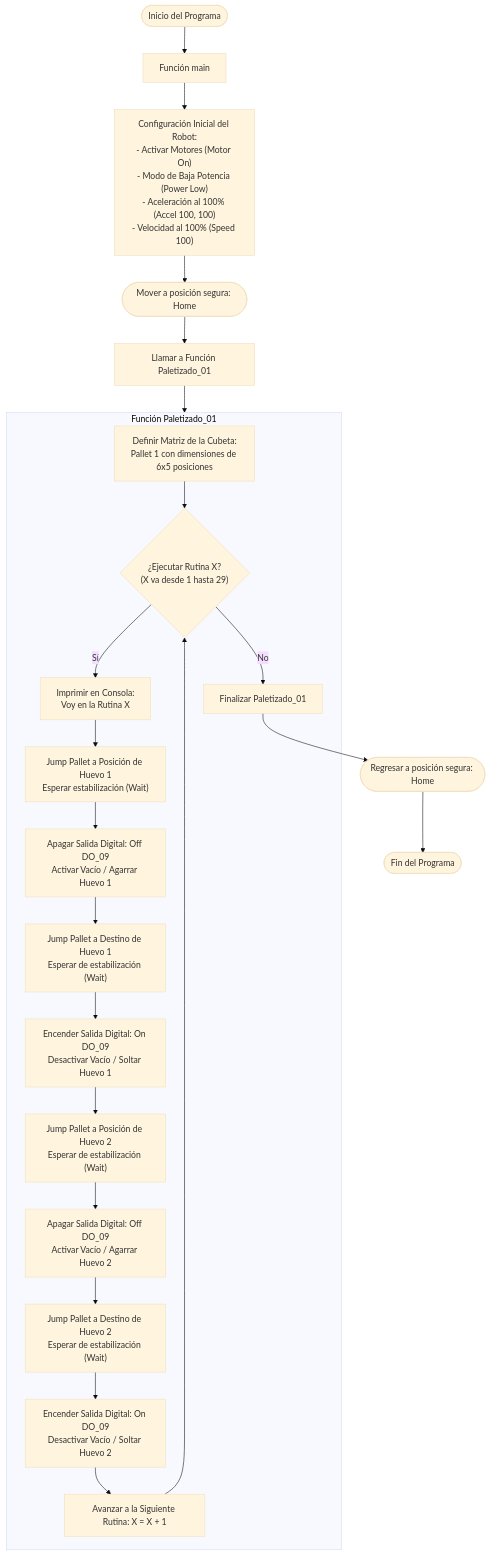
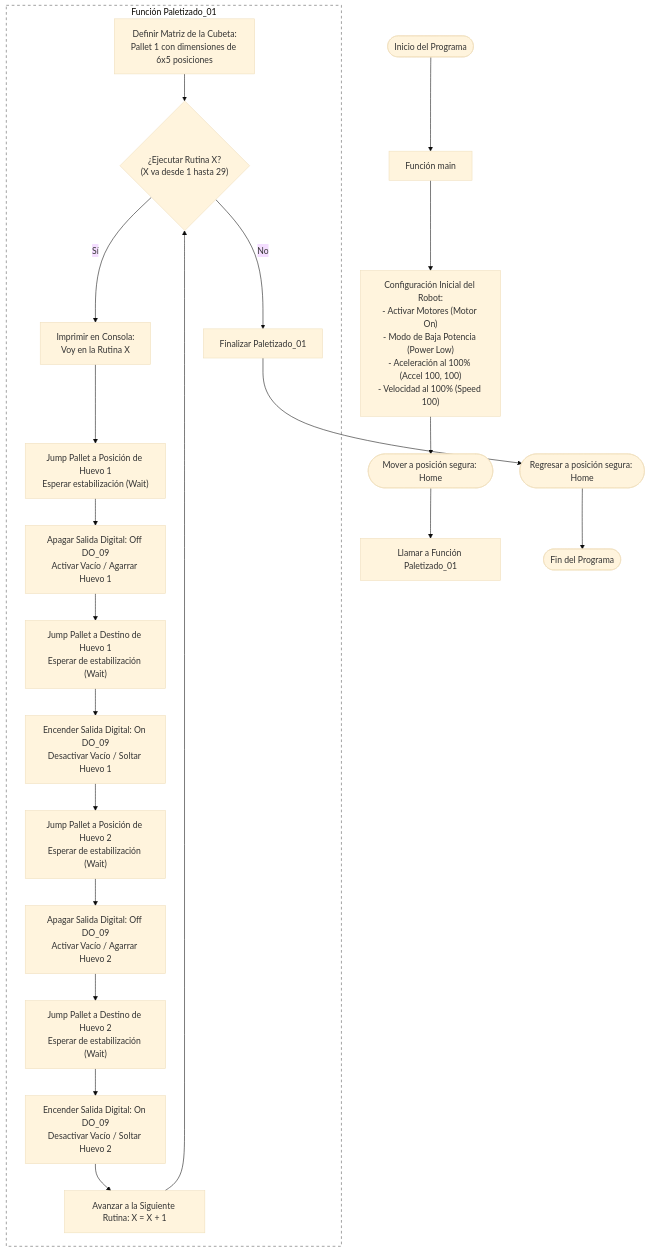
One commit to labsir-un/Robotica-2026-I-Equipo-3C-Moreno-Ramos changed the diagram in Laboratorio No. 03 - Robótica Industrial EPSON T3 401S y EPSON RC+/README.MD. Above: the diagram before and after it, drawn with Mermaid (base theme).

````diff
--- a/Laboratorio No. 03 - Robótica Industrial EPSON T3 401S y EPSON RC+/README.MD
+++ b/Laboratorio No. 03 - Robótica Industrial EPSON T3 401S y EPSON RC+/README.MD
@@ -212,35 +212,36 @@
 ```mermaid
 flowchart TD
     Start([Inicio del Programa]) --> Main["Función main"]
     Main --> Init["Configuración Inicial del Robot:<br>- Activar Motores (Motor On)<br>- Modo de Baja Potencia (Power Low)<br>- Aceleración al 100% (Accel 100, 100)<br>- Velocidad al 100% (Speed 100)"]
     Init --> GoHome1(["Mover a posición segura: Home"])
     GoHome1 --> CallRoutine["Llamar a Función Paletizado_01"]
     
     subgraph Paletizado_01 ["Función Paletizado_01"]
         DefPallet["Definir Matriz de la Cubeta:<br>Pallet 1 con dimensiones de 6x5 posiciones"] --> RoutineLoop{"¿Ejecutar Rutina X?<br>(X va desde 1 hasta 29)"}
         
         RoutineLoop -- Sí --> PrintMsg["Imprimir en Consola:<br>Voy en la Rutina X"]
         
         PrintMsg --> PickH1["Jump Pallet a Posición de Huevo 1<br>Esperar estabilización (Wait)"]
         PickH1 --> GrabH1["Apagar Salida Digital: Off DO_09<br>Activar Vacío / Agarrar Huevo 1"]
         
         GrabH1 --> DropH1["Jump Pallet a Destino de Huevo 1<br>Esperar de estabilización (Wait)"]
         DropH1 --> ReleaseH1["Encender Salida Digital: On DO_09<br>Desactivar Vacío / Soltar Huevo 1"]
         
         ReleaseH1 --> PickH2["Jump Pallet a Posición de Huevo 2<br>Esperar de estabilización (Wait)"]
         PickH2 --> GrabH2["Apagar Salida Digital: Off DO_09<br>Activar Vacío / Agarrar Huevo 2"]
         
         GrabH2 --> DropH2["Jump Pallet a Destino de Huevo 2<br>Esperar de estabilización (Wait)"]
         DropH2 --> ReleaseH2["Encender Salida Digital: On DO_09<br>Desactivar Vacío / Soltar Huevo 2"]
         
         ReleaseH2 --> NextRoutine["Avanzar a la Siguiente Rutina: X = X + 1"]
         NextRoutine --> RoutineLoop
         
         RoutineLoop -- No --> EndRoutine["Finalizar Paletizado_01"]
     end
-    
-    CallRoutine --> Paletizado_01
+
     EndRoutine --> GoHome2(["Regresar a posición segura: Home"])
     GoHome2 --> EndProg([Fin del Programa])
 
+    %% Estilos para volver invisible el fondo y borde del recuadro del subgraph
+    style Paletizado_01 fill:transparent,stroke:#555,stroke-width:1px,stroke-dasharray: 5 5
 ```
````
